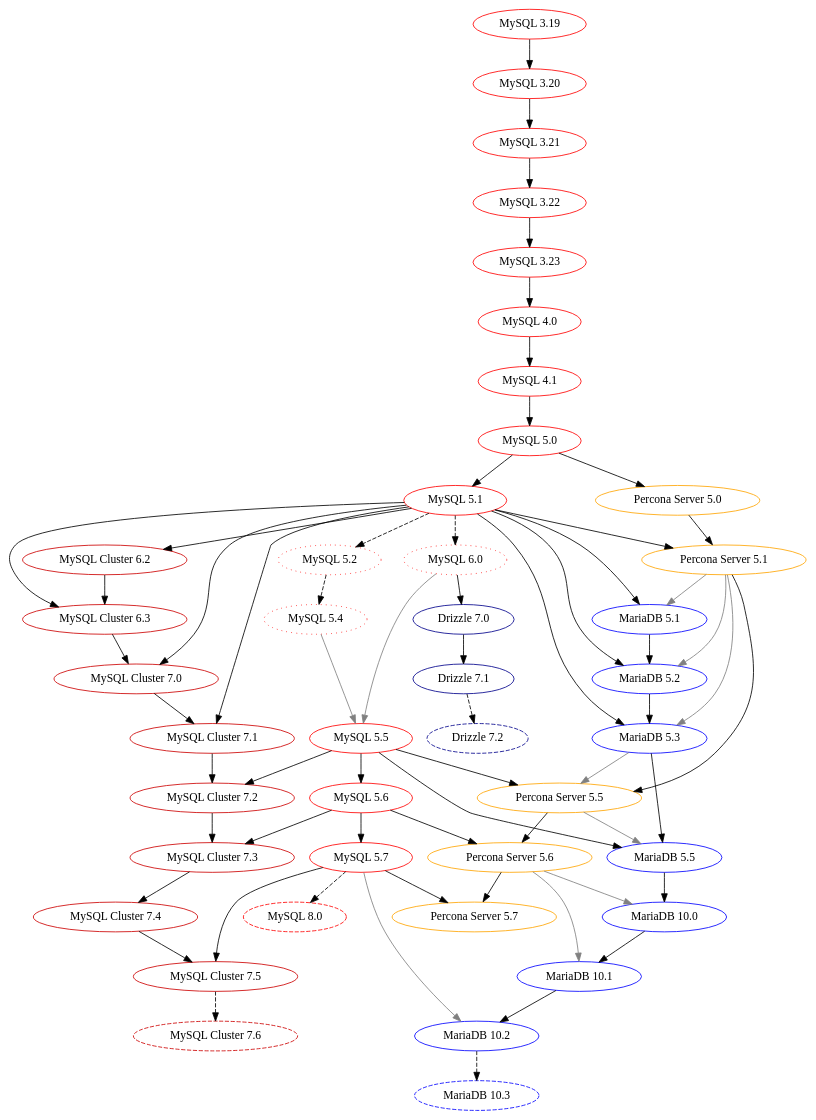
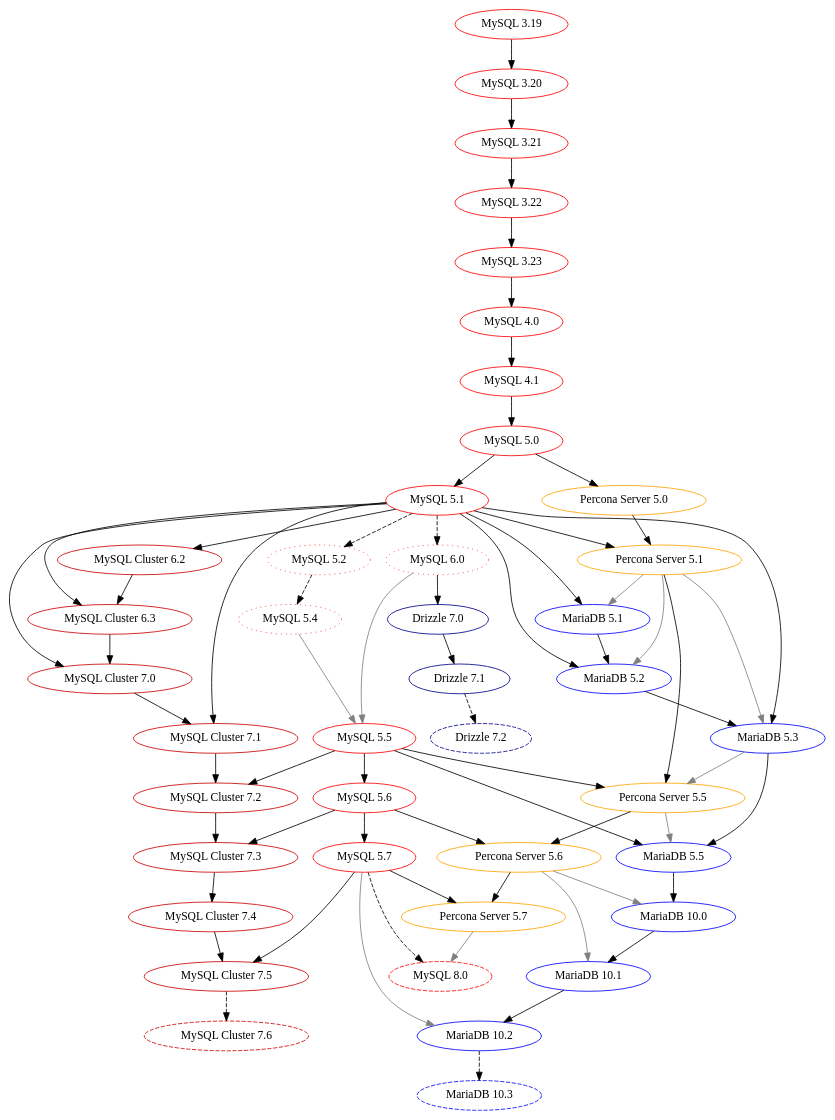
One commit to dveeden/mysql-history-graph changed the diagram in mysql-history-graph.dot. Above: the diagram before and after it, drawn with Graphviz. The commit also changed 2 other files, not shown here.

```diff
--- a/mysql-history-graph.dot
+++ b/mysql-history-graph.dot
@@ -1,127 +1,130 @@
 digraph mysql_history_graph {
 	/* Standards:
 	   Non-GA: 		dashed
 	   Abandoned: 		dotted 
 	   Oracle MySQL: 	red
 	   MySQL Cluster: 	red3
 	   MariaDB: 		blue
 	   Drizzle: 		blue4
 	   Percona Server: 	orange
 	*/
 
 	/* MySQL/Sun/Oracle MySQL GA */
 	"MySQL 3.19" [color="red"];
 	"MySQL 3.20" [color="red"];
 	"MySQL 3.21" [color="red"];
 	"MySQL 3.22" [color="red"];
 	"MySQL 3.23" [color="red"];
 	"MySQL 4.0" [color="red"];
 	"MySQL 4.1" [color="red"];
 	"MySQL 5.0" [color="red"];
 	"MySQL 5.1" [color="red"];
 	"MySQL 5.5" [color="red"];
 	"MySQL 5.6" [color="red"];
 	"MySQL 5.7" [color="red"];
 	"MySQL 3.19" -> "MySQL 3.20";
 	"MySQL 3.20" -> "MySQL 3.21";
 	"MySQL 3.21" -> "MySQL 3.22";
 	"MySQL 3.22" -> "MySQL 3.23";
 	"MySQL 3.23" -> "MySQL 4.0";
 	"MySQL 4.0" -> "MySQL 4.1";
 	"MySQL 4.1" -> "MySQL 5.0";
 	"MySQL 5.0" -> "MySQL 5.1";
 	"MySQL 5.5" -> "MySQL 5.6";
 	"MySQL 5.6" -> "MySQL 5.7";
 	"MySQL 5.4" -> "MySQL 5.5" [color="grey"]; // InnoDB Scalability
 	"MySQL 6.0" -> "MySQL 5.5" [color="grey"]; // Optimizer improvements
 
 	/* MySQL/Sun/Oracle non-GA */	
 	"MySQL 5.2" [color="red",style="dotted"];
 	"MySQL 5.4" [color="red",style="dotted"];
 	"MySQL 6.0" [color="red",style="dotted"];
 	"MySQL 8.0" [color="red",style="dashed"];
 	"MySQL 5.1" -> "MySQL 5.2" [style="dashed"];
 	"MySQL 5.1" -> "MySQL 6.0" [style="dashed"];
 	"MySQL 5.2" -> "MySQL 5.4" [style="dashed"];
 	"MySQL 5.7" -> "MySQL 8.0" [style="dashed"];
+
+	// Buffer pool mutex split patch, temp table replication improvements in RBR/MBR, numerous bugfixes
+	"Percona Server 5.7" -> "MySQL 8.0" [color="grey"];
 
 	/* MySQL Cluster (NDB) */
 	"MySQL Cluster 6.2" [color="red3"]
 	"MySQL Cluster 6.3" [color="red3"]
 	"MySQL Cluster 7.0" [color="red3"]
 	"MySQL Cluster 7.1" [color="red3"]
 	"MySQL Cluster 7.2" [color="red3"]
 	"MySQL Cluster 7.3"  [color="red3"]
 	"MySQL Cluster 7.4"  [color="red3"]
 	"MySQL Cluster 7.5"  [color="red3"]
 	"MySQL Cluster 7.6"  [color="red3",style="dashed"]
 	"MySQL 5.1" -> "MySQL Cluster 6.2";
 	"MySQL 5.1" -> "MySQL Cluster 6.3";
 	"MySQL Cluster 6.2" -> "MySQL Cluster 6.3";
 	"MySQL 5.1" -> "MySQL Cluster 7.0";
 	"MySQL Cluster 6.3" -> "MySQL Cluster 7.0";
 	"MySQL 5.1" -> "MySQL Cluster 7.1";
 	"MySQL Cluster 7.0" -> "MySQL Cluster 7.1";
 	"MySQL 5.5" -> "MySQL Cluster 7.2";
 	"MySQL Cluster 7.1" -> "MySQL Cluster 7.2";
 	"MySQL 5.6" -> "MySQL Cluster 7.3";
 	"MySQL Cluster 7.2" -> "MySQL Cluster 7.3";
 	"MySQL Cluster 7.3" -> "MySQL Cluster 7.4";
 	"MySQL 5.7" -> "MySQL Cluster 7.5";
 	"MySQL Cluster 7.4" -> "MySQL Cluster 7.5";
 	"MySQL Cluster 7.5" -> "MySQL Cluster 7.6" [style="dashed"];
 
 	/* MariaDB */
 	"MariaDB 5.1" [color="blue"];
 	"MariaDB 5.2" [color="blue"];
 	"MariaDB 5.3" [color="blue"];
 	"MariaDB 5.5" [color="blue"];
 	"MariaDB 10.0" [color="blue"];
 	"MariaDB 10.1" [color="blue"];
 	"MariaDB 10.2" [color="blue"];
 	"MariaDB 10.3" [color="blue",style="dashed"];
 	"MySQL 5.1" -> "MariaDB 5.1";
 	"Percona Server 5.1" -> "MariaDB 5.1" [color="grey"]; // XtraDB
 	"MySQL 5.1" -> "MariaDB 5.2";
 	"MariaDB 5.1" -> "MariaDB 5.2";
 	"Percona Server 5.1" -> "MariaDB 5.2" [color="grey"]; // XtraDB
 	"MySQL 5.1" -> "MariaDB 5.3";
 	"MariaDB 5.2" -> "MariaDB 5.3";
 	"Percona Server 5.1" -> "MariaDB 5.3" [color="grey"]; // XtraDB
 	"MySQL 5.5" -> "MariaDB 5.5";
 	"MariaDB 5.3" -> "MariaDB 5.5";
 	"Percona Server 5.5" -> "MariaDB 5.5" [color="grey"]; // XtraDB
 	"MariaDB 5.5" -> "MariaDB 10.0";
 	"MariaDB 10.0" -> "MariaDB 10.1";
 	"Percona Server 5.6" -> "MariaDB 10.0" [color="grey"]; // XtraDB
 	"MariaDB 10.1" -> "MariaDB 10.2"; // InnoDB
 	"Percona Server 5.6" -> "MariaDB 10.1" [color="grey"]; // XtraDB
 	"MariaDB 10.2" -> "MariaDB 10.3" [style="dashed"];
 	"MySQL 5.7" -> "MariaDB 10.2" [color="grey"]; // InnoDB
 
 
 	/* Percona Server */
 	"Percona Server 5.0" [color="orange"];
 	"Percona Server 5.1" [color="orange"];
 	"Percona Server 5.5" [color="orange"];
 	"Percona Server 5.6" [color="orange"];
 	"Percona Server 5.7" [color="orange"];
 	"MySQL 5.0" -> "Percona Server 5.0";
 	"MySQL 5.1" -> "Percona Server 5.1";
 	"Percona Server 5.0" -> "Percona Server 5.1";
 	"MySQL 5.5" -> "Percona Server 5.5";
 	"Percona Server 5.1" -> "Percona Server 5.5";
 	"MariaDB 5.3" -> "Percona Server 5.5" [color="grey"]; // group commit
 	"MySQL 5.6" -> "Percona Server 5.6";
 	"Percona Server 5.5" -> "Percona Server 5.6";
 	"MySQL 5.7" -> "Percona Server 5.7";
 	"Percona Server 5.6" -> "Percona Server 5.7";
 
 	/* Drizzle */
 	"Drizzle 7.0" [color="blue4"];
 	"Drizzle 7.1" [color="blue4"];
 	"Drizzle 7.2" [color="blue4", style="dashed"];
 	"MySQL 6.0" -> "Drizzle 7.0";
 	"Drizzle 7.0" -> "Drizzle 7.1";
 	"Drizzle 7.1" -> "Drizzle 7.2" [style="dashed"];
 }
```
